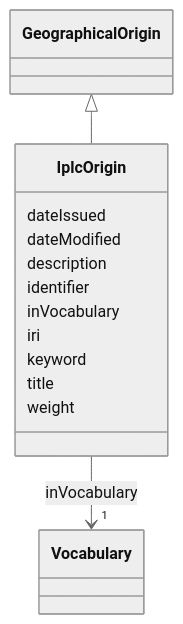
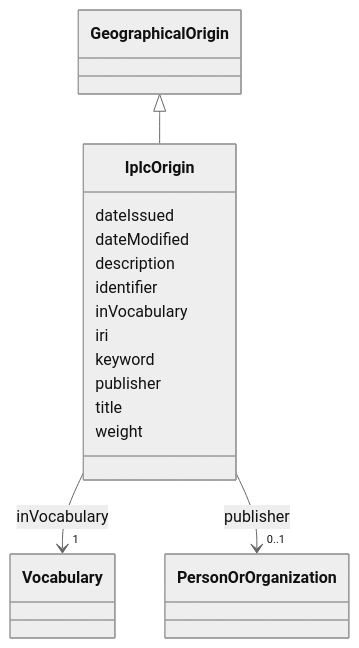
The diagram in models/docs/IplcOrigin.md (EVORA-project/evora-ontology), drawn with Mermaid (neutral theme) before and after one commit. The commit also changed other lines of this file and 468 other files, not shown here.

````diff
--- a/models/docs/IplcOrigin.md
+++ b/models/docs/IplcOrigin.md
@@ -19,34 +19,43 @@
 ```mermaid
  classDiagram
     class IplcOrigin
     click IplcOrigin href "../IplcOrigin"
       GeographicalOrigin <|-- IplcOrigin
         click GeographicalOrigin href "../GeographicalOrigin"
       
       IplcOrigin : dateIssued
         
       IplcOrigin : dateModified
         
       IplcOrigin : description
         
       IplcOrigin : identifier
         
       IplcOrigin : inVocabulary
         
           
     
     
     IplcOrigin --> "1" Vocabulary : inVocabulary
     click Vocabulary href "../Vocabulary"
 
         
       IplcOrigin : iri
         
       IplcOrigin : keyword
         
+      IplcOrigin : publisher
+        
+          
+    
+    
+    IplcOrigin --> "0..1" PersonOrOrganization : publisher
+    click PersonOrOrganization href "../PersonOrOrganization"
+
+        
       IplcOrigin : title
         
       IplcOrigin : weight
         
       
 ```
````
